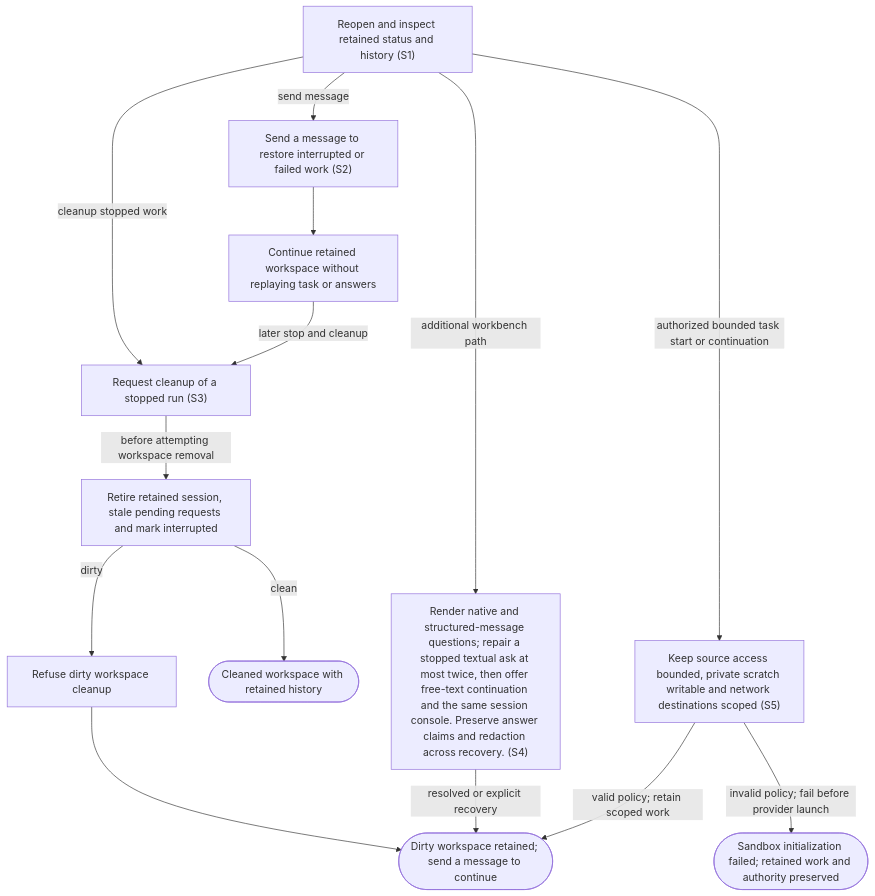
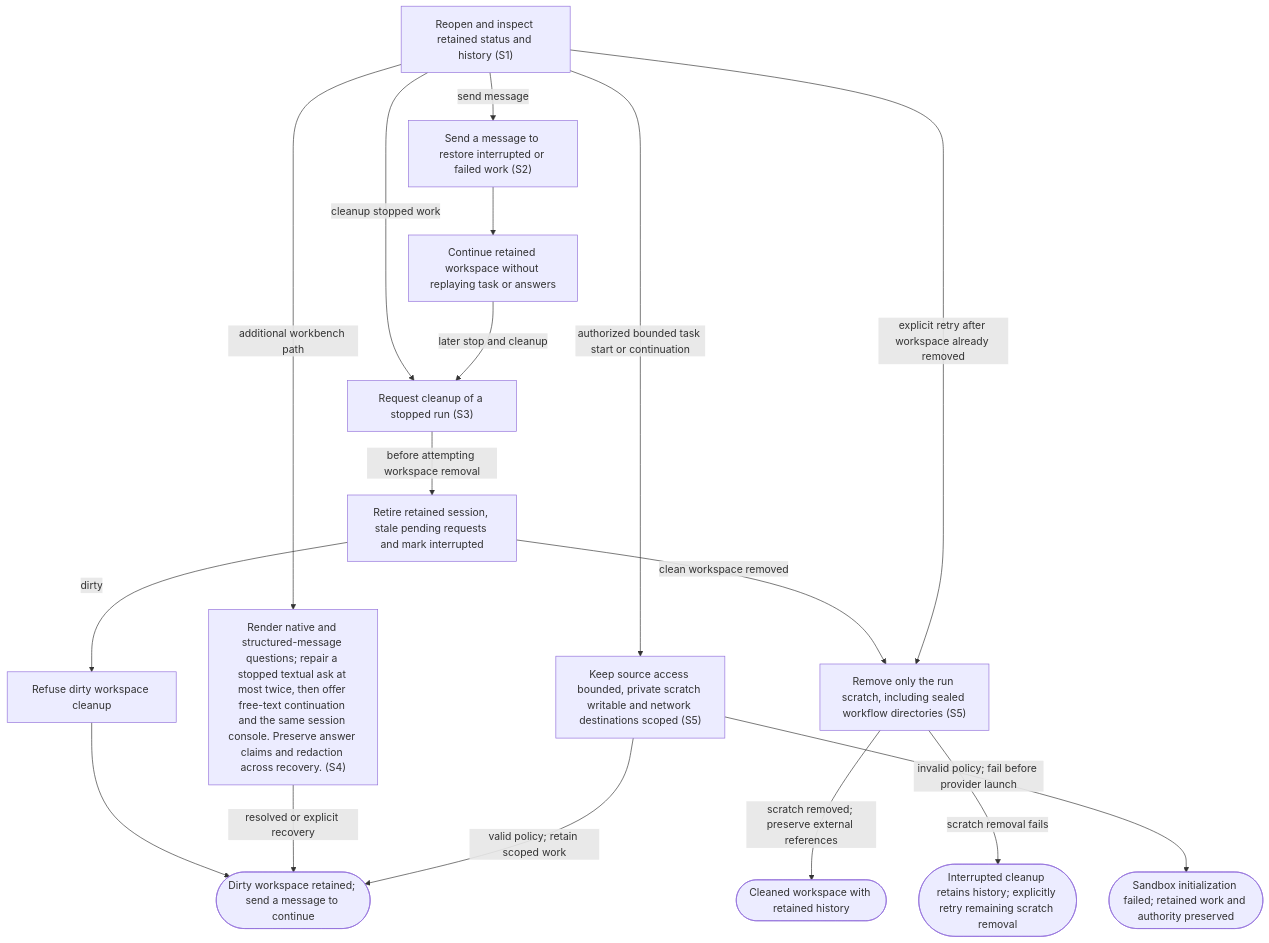
Before and after one commit to dk-code-factory/code-factory-plugin: the diagram in docs/user-flows/recover-cleanup.md, drawn with Mermaid. The commit also changed other lines of this file and 73 other files, not shown here.

````diff
--- a/docs/user-flows/recover-cleanup.md
+++ b/docs/user-flows/recover-cleanup.md
@@ -42,27 +42,32 @@
 ```mermaid
 flowchart TD
     N0["Reopen and inspect retained status and history #40;S1#41;"]
     N1["Send a message to restore interrupted or failed work #40;S2#41;"]
     N2["Continue retained workspace without replaying task or answers"]
     N3["Request cleanup of a stopped run #40;S3#41;"]
     N4["Refuse dirty workspace cleanup"]
     N5(["Dirty workspace retained#59; send a message to continue"])
     N6(["Cleaned workspace with retained history"])
     N7["Retire retained session, stale pending requests and mark interrupted"]
     N8["Render native and structured-message questions#59; repair a stopped textual ask at most twice, then offer free-text continuation and the same session console. Preserve answer claims and redaction across recovery. #40;S4#41;"]
     N9["Keep source access bounded, private scratch writable and network destinations scoped #40;S5#41;"]
     N10(["Sandbox initialization failed#59; retained work and authority preserved"])
+    N11["Remove only the run scratch, including sealed workflow directories #40;S5#41;"]
+    N12(["Interrupted cleanup retains history#59; explicitly retry remaining scratch removal"])
     N0 -->|"send message"| N1
     N1 --> N2
     N0 -->|"cleanup stopped work"| N3
     N2 -->|"later stop and cleanup"| N3
     N7 -->|"dirty"| N4
     N4 --> N5
-    N7 -->|"clean"| N6
     N3 -->|"before attempting workspace removal"| N7
     N0 -->|"additional workbench path"| N8
     N8 -->|"resolved or explicit recovery"| N5
     N0 -->|"authorized bounded task start or continuation"| N9
     N9 -->|"valid policy#59; retain scoped work"| N5
     N9 -->|"invalid policy#59; fail before provider launch"| N10
+    N7 -->|"clean workspace removed"| N11
+    N11 -->|"scratch removed#59; preserve external references"| N6
+    N11 -->|"scratch removal fails"| N12
+    N0 -->|"explicit retry after workspace already removed"| N11
 ```
````
